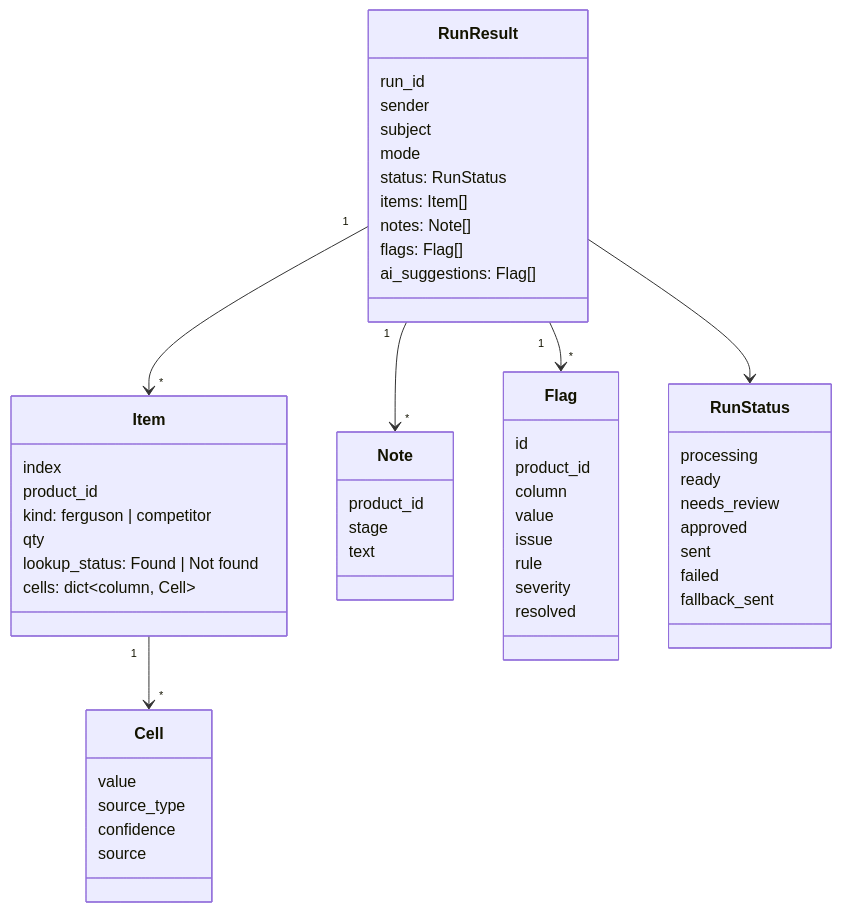
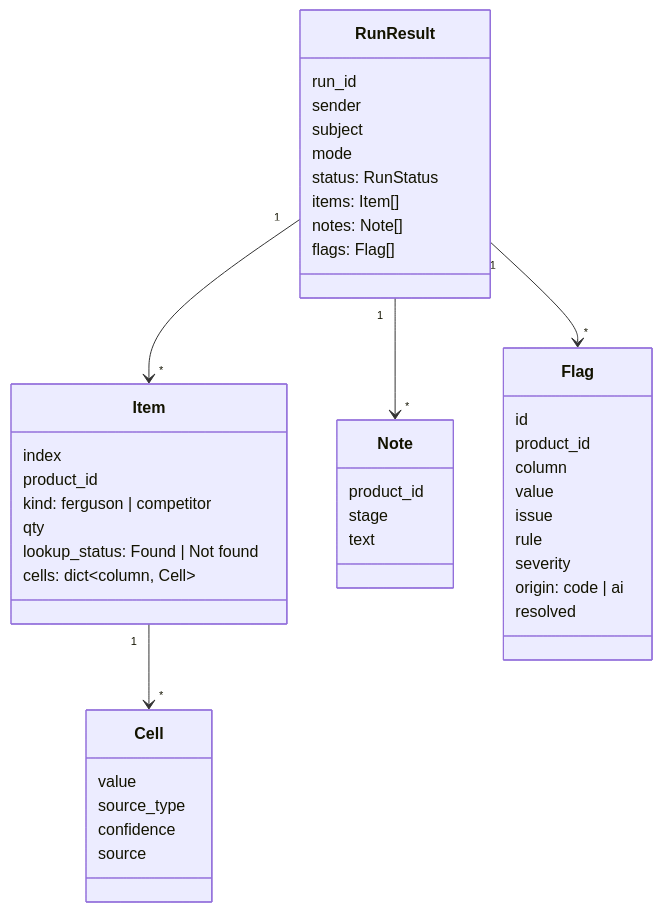
The ninth of 10 diagrams in document.md (Prajwaljb/AutoRFQ), drawn with Mermaid before and after one commit. The commit also changed other lines of this file and 14 other files, not shown here.

````diff
--- a/document.md
+++ b/document.md
@@ -428,57 +447,47 @@
 ```mermaid
 classDiagram
     class RunResult {
         run_id
         sender
         subject
         mode
         status: RunStatus
         items: Item[]
         notes: Note[]
         flags: Flag[]
-        ai_suggestions: Flag[]
     }
     class Item {
         index
         product_id
         kind: ferguson | competitor
         qty
         lookup_status: Found | Not found
         cells: dict~column, Cell~
     }
     class Cell {
         value
         source_type
         confidence
         source
     }
     class Note {
         product_id
         stage
         text
     }
     class Flag {
         id
         product_id
         column
         value
         issue
         rule
         severity
+        origin: code | ai
         resolved
-    }
-    class RunStatus {
-        processing
-        ready
-        needs_review
-        approved
-        sent
-        failed
-        fallback_sent
     }
     RunResult "1" --> "*" Item
     RunResult "1" --> "*" Note
     RunResult "1" --> "*" Flag
     Item "1" --> "*" Cell
-    RunResult --> RunStatus
 ```
````
